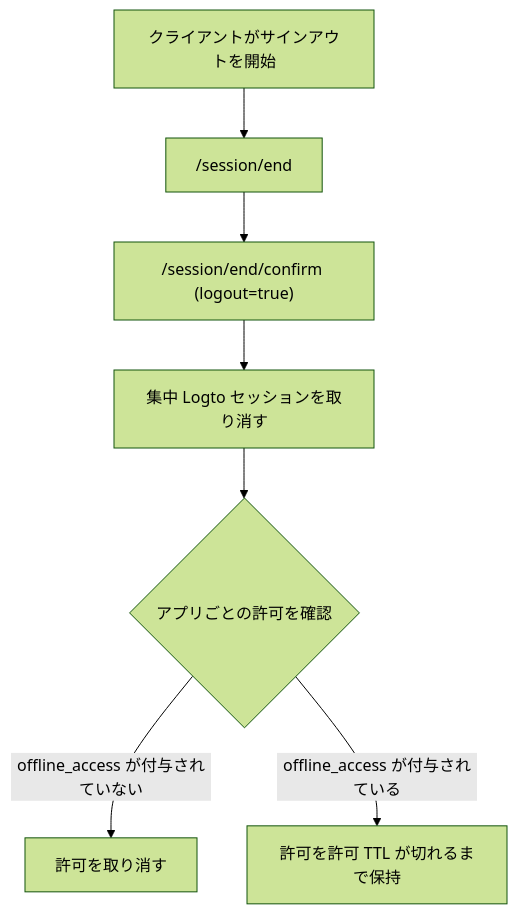
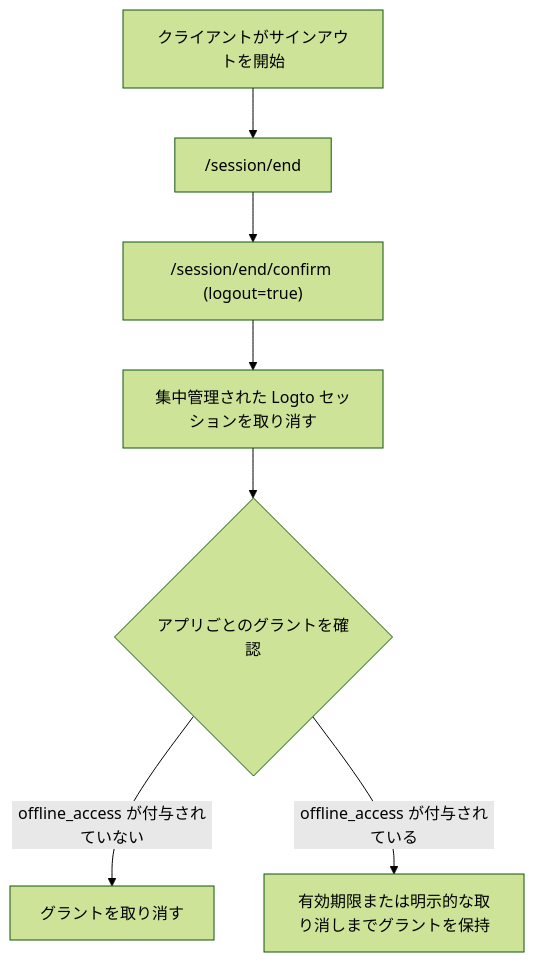
The diagram in i18n/ja/docusaurus-plugin-content-docs/current/end-user-flows/sign-out.mdx (logto-io/docs), drawn with Mermaid (forest theme) before and after one commit. The commit also changed other lines of this file and 66 other files, not shown here.

````diff
--- a/i18n/ja/docusaurus-plugin-content-docs/current/end-user-flows/sign-out.mdx
+++ b/i18n/ja/docusaurus-plugin-content-docs/current/end-user-flows/sign-out.mdx
@@ -45,9 +45,9 @@
 ```mermaid
 flowchart TD
   A["クライアントがサインアウトを開始"] --> B["/session/end"]
   B --> C["/session/end/confirm (logout=true)"]
-  C --> D["集中 Logto セッションを取り消す"]
-  D --> E{"アプリごとの許可を確認"}
-  E -->|"offline_access が付与されていない"| F["許可を取り消す"]
-  E -->|"offline_access が付与されている"| G["許可を許可 TTL が切れるまで保持"]
+  C --> D["集中管理された Logto セッションを取り消す"]
+  D --> E{"アプリごとのグラントを確認"}
+  E -->|"offline_access が付与されていない"| F["グラントを取り消す"]
+  E -->|"offline_access が付与されている"| G["有効期限または明示的な取り消しまでグラントを保持"]
 ```
````
